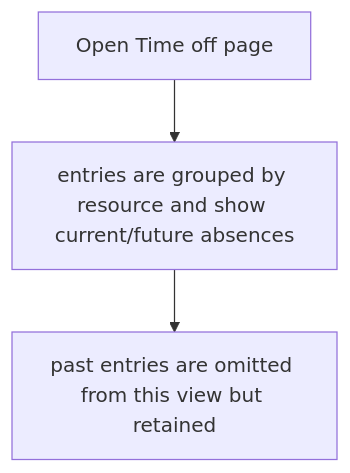
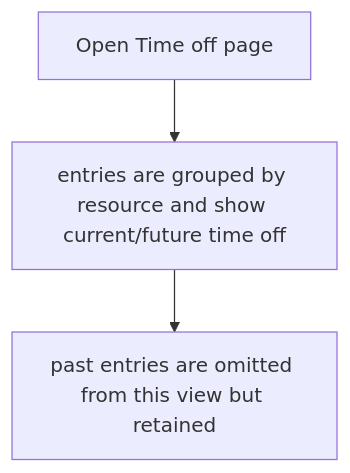
Before and after one commit to Kevinjohn/capacitylens: the first of 2 diagrams in user-stories/time-off/US-TOF-05-grouped-forward-view.md, drawn with Mermaid. The commit also changed other lines of this file and 15 other files, not shown here.

First line of the commit message:
Time off, not leave or absence: align docs and comments

````diff
--- a/user-stories/time-off/US-TOF-05-grouped-forward-view.md
+++ b/user-stories/time-off/US-TOF-05-grouped-forward-view.md
@@ -22,8 +22,8 @@
 ```mermaid
 flowchart TD
   N1["Open Time off page"]
-  N2["entries are grouped by resource and show current/future absences"]
+  N2["entries are grouped by resource and show current/future time off"]
   N3["past entries are omitted from this view but retained"]
   N1 --> N2
   N2 --> N3
 ```
````
